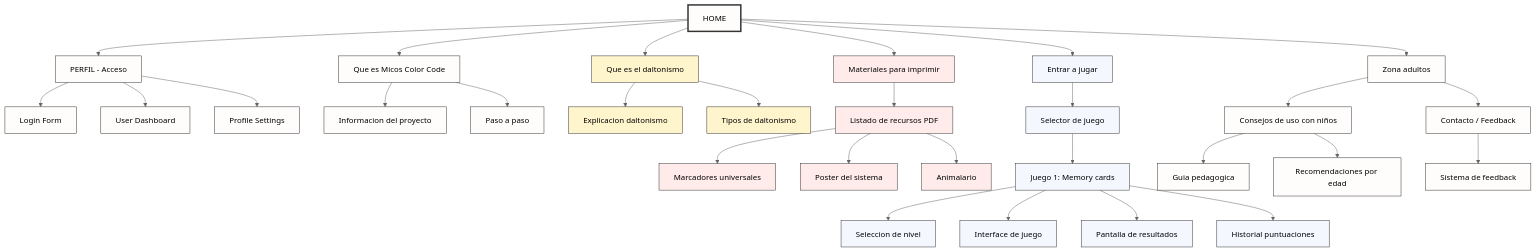
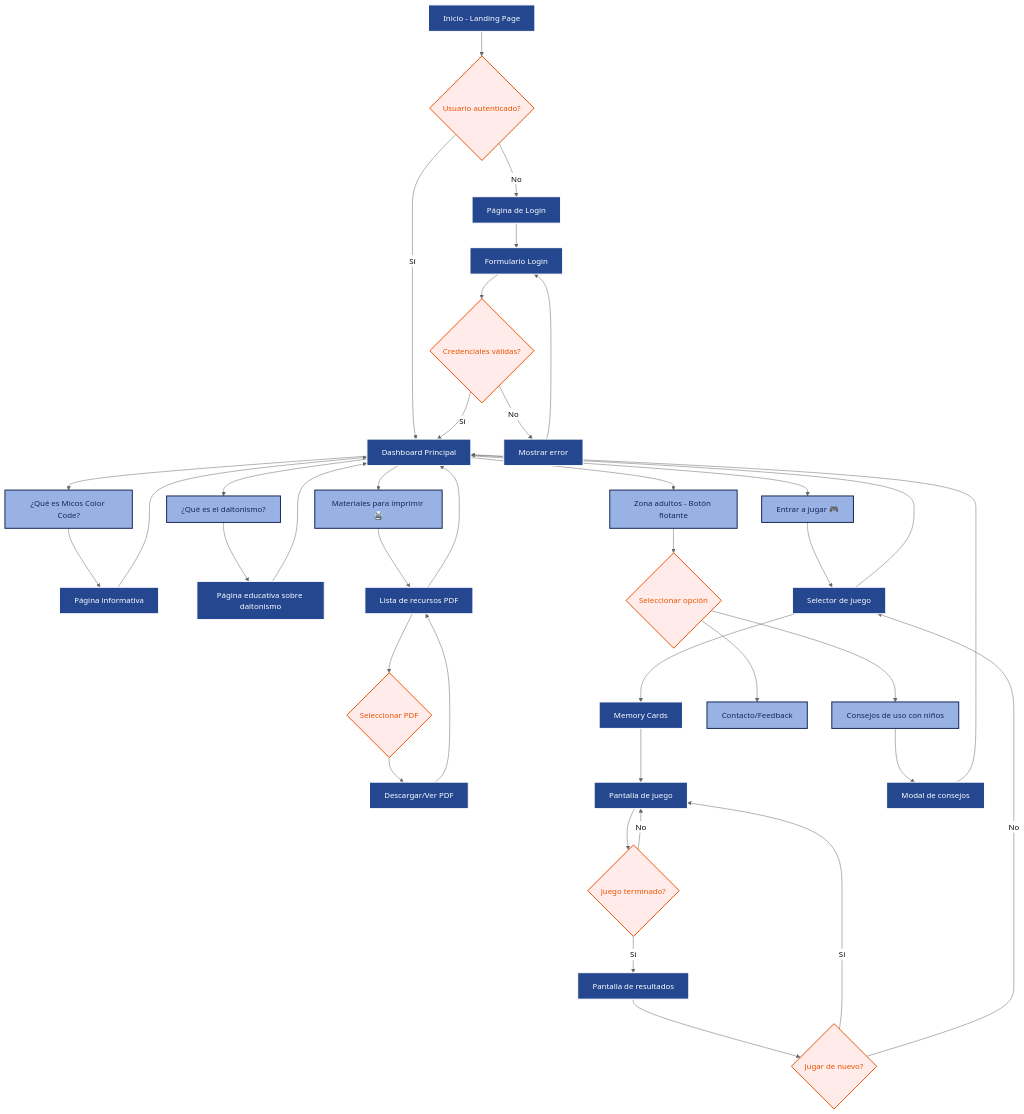
One commit to sara-vazquez/micos-color-code-frontend changed the diagram in README.md. Above: the diagram before and after it, drawn with Mermaid (neutral theme). The commit also changed other lines of this file, not shown here.

````diff
--- a/README.md
+++ b/README.md
@@ -2,53 +2,80 @@
 ```mermaid
-
 flowchart TD
-    A[HOME] --> B[PERFIL - Acceso]
-    A --> C[Que es Micos Color Code]
-    A --> D[Que es el daltonismo]
-    A --> E[Materiales para imprimir]
-    A --> F[Entrar a jugar]
-    A --> G[Zona adultos]
+    A[Inicio - Landing Page] --> B{Usuario autenticado?}
     
-    B --> B1[Login Form]
-    B --> B2[User Dashboard]
-    B --> B3[Profile Settings]
+    B -->|No| C[Página de Login]
+    B -->|Sí| D[Dashboard Principal]
     
-    C --> C1[Informacion del proyecto]
-    C --> C2[Paso a paso]
+    C --> C1[Formulario Login]
+    C1 --> C2{Credenciales válidas?}
+    C2 -->|No| C3[Mostrar error]
+    C3 --> C1
+    C2 -->|Sí| D
     
-    D --> D1[Explicacion daltonismo]
-    D --> D2[Tipos de daltonismo]
+    D --> E[¿Qué es Micos Color Code?]
+    D --> F[¿Qué es el daltonismo?]
+    D --> G[Materiales para imprimir 🖨️]
+    D --> H[Entrar a jugar 🎮]
+    D --> I[Zona adultos - Botón flotante]
     
-    E --> E1[Listado de recursos PDF]
-    E1 --> E2[Marcadores universales]
-    E1 --> E3[Poster del sistema]
-    E1 --> E4[Animalario]
+    E --> E1[Página informativa]
+    E1 --> D
     
-    F --> F1[Selector de juego]
-    F1 --> F2[Juego 1: Memory cards]
-    F2 --> F3[Seleccion de nivel]
-    F2 --> F4[Interface de juego]
-    F2 --> F5[Pantalla de resultados]
-    F2 --> F6[Historial puntuaciones]
+    F --> F1[Página educativa sobre daltonismo]
+    F1 --> D
     
-    G --> G1[Consejos de uso con niños]
-    G --> G2[Contacto / Feedback]
-    G1 --> G3[Guia pedagogica]
-    G1 --> G4[Recomendaciones por edad]
-    G2 --> G7[Sistema de feedback]
+    G --> G1[Lista de recursos PDF]
+    G1 --> G2{Seleccionar PDF}
+    G2 --> G3[Descargar/Ver PDF]
+    G3 --> G1
+    G1 --> D
     
-    classDef homeStyle fill:#FFFCFC,stroke:#333,stroke-width:3px
-    classDef gameStyle fill:#F5F7FF,stroke:#333,stroke-width:1px
-    classDef infoStyle fill:#FFF5CC,stroke:#333,stroke-width:1px
-    classDef resourceStyle fill:#FFECEA,stroke:#333,stroke-width:1px
-    classDef adultStyle fill:#FFFCFC,stroke:#333,stroke-width:1px
-    classDef profileStyle fill:#FFFCFC,stroke:#333,stroke-width:1px
+    H --> H1[Selector de juego]
+    H1 --> H2[Memory Cards]
+    H2 --> H3[Pantalla de juego]
+    H3 --> H4{Juego terminado?}
+    H4 -->|No| H3
+    H4 -->|Sí| H5[Pantalla de resultados]
+    H5 --> H6{Jugar de nuevo?}
+    H6 -->|Sí| H3
+    H6 -->|No| H1
+    H1 --> D
     
-    class A homeStyle
-    class F,F1,F2,F3,F4,F5,F6 gameStyle
-    class D,D1,D2 infoStyle
-    class E,E1,E2,E3,E4 resourceStyle
-    class G,G1,G2,G3,G4,G7 adultStyle
-    class B,B1,B2,B3,C,C1,C2 profileStyle
+    I --> I1{Seleccionar opción}
+    I1 --> I2[Consejos de uso con niños]
+    I1 --> I3[Contacto/Feedback]
+    
+    I2 --> I4[Modal de consejos]
+    I4 --> D
+    
+    style A fill:#244790,stroke:#FFFFFF,stroke-width:2px,color:#FFFFFF
+    style D fill:#244790,stroke:#FFFFFF,stroke-width:2px,color:#FFFFFF
+    style C fill:#244790,stroke:#FFFFFF,stroke-width:2px,color:#FFFFFF
+    style C1 fill:#244790,stroke:#FFFFFF,stroke-width:2px,color:#FFFFFF
+    style C3 fill:#244790,stroke:#FFFFFF,stroke-width:2px,color:#FFFFFF
+    style E1 fill:#244790,stroke:#FFFFFF,stroke-width:2px,color:#FFFFFF
+    style F1 fill:#244790,stroke:#FFFFFF,stroke-width:2px,color:#FFFFFF
+    style G1 fill:#244790,stroke:#FFFFFF,stroke-width:2px,color:#FFFFFF
+    style G3 fill:#244790,stroke:#FFFFFF,stroke-width:2px,color:#FFFFFF
+    style H1 fill:#244790,stroke:#FFFFFF,stroke-width:2px,color:#FFFFFF
+    style H2 fill:#244790,stroke:#FFFFFF,stroke-width:2px,color:#FFFFFF
+    style H3 fill:#244790,stroke:#FFFFFF,stroke-width:2px,color:#FFFFFF
+    style H5 fill:#244790,stroke:#FFFFFF,stroke-width:2px,color:#FFFFFF
+    style I4 fill:#244790,stroke:#FFFFFF,stroke-width:2px,color:#FFFFFF
+    
+    style B fill:#FFECEA,stroke:#EB5200,stroke-width:2px,color:#EB5200
+    style C2 fill:#FFECEA,stroke:#EB5200,stroke-width:2px,color:#EB5200
+    style G2 fill:#FFECEA,stroke:#EB5200,stroke-width:2px,color:#EB5200
+    style H4 fill:#FFECEA,stroke:#EB5200,stroke-width:2px,color:#EB5200
+    style H6 fill:#FFECEA,stroke:#EB5200,stroke-width:2px,color:#EB5200
+    style I1 fill:#FFECEA,stroke:#EB5200,stroke-width:2px,color:#EB5200
+    
+    style E fill:#99B2E6,stroke:#142852,stroke-width:2px,color:#142852
+    style F fill:#99B2E6,stroke:#142852,stroke-width:2px,color:#142852
+    style G fill:#99B2E6,stroke:#142852,stroke-width:2px,color:#142852
+    style H fill:#99B2E6,stroke:#142852,stroke-width:2px,color:#142852
+    style I fill:#99B2E6,stroke:#142852,stroke-width:2px,color:#142852
+    style I2 fill:#99B2E6,stroke:#142852,stroke-width:2px,color:#142852
+    style I3 fill:#99B2E6,stroke:#142852,stroke-width:2px,color:#142852
 
 ```
````
